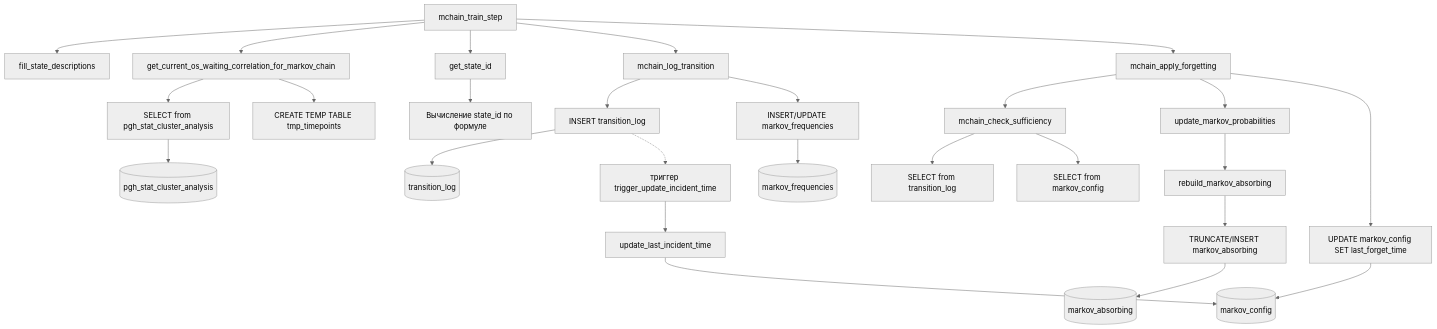
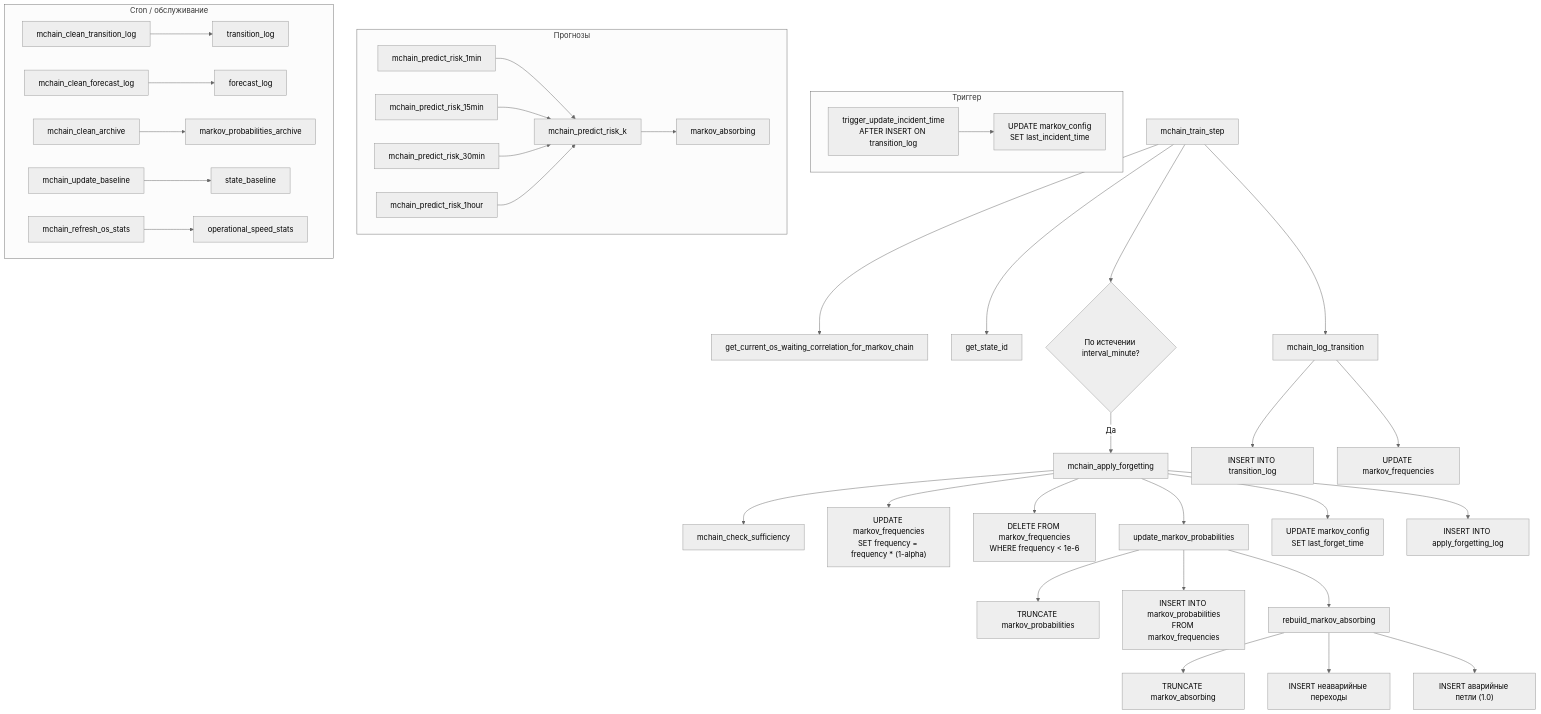
Before and after one commit to pg-expecto/pg_expecto: the first of 2 diagrams in Markov_chain_docs/readme.md, drawn with Mermaid (neutral theme). The commit also changed other lines of this file, not shown here.

````diff
--- a/Markov_chain_docs/readme.md
+++ b/Markov_chain_docs/readme.md
@@ -5,38 +72,46 @@
 ```mermaid
 flowchart TD
-    A[mchain_train_step] --> B[fill_state_descriptions]
-    A --> C[get_current_os_waiting_correlation_for_markov_chain]
-    A --> D[get_state_id]
-    A --> E[mchain_log_transition]
-    A --> F[mchain_apply_forgetting]
-    
-    E --> G[INSERT transition_log]
-    E --> H[INSERT/UPDATE markov_frequencies]
-    
+    A[mchain_train_step] --> B[get_current_os_waiting_correlation_for_markov_chain]
+    A --> C[get_state_id]
+    A --> D[mchain_log_transition]
+    A --> E{По истечении interval_minute?}
+    E -->|Да| F[mchain_apply_forgetting]
+
+    D --> G["INSERT INTO transition_log"]
+    D --> H["UPDATE markov_frequencies"]
+
     F --> I[mchain_check_sufficiency]
-    F --> J[update_markov_probabilities]
-    F --> K[UPDATE markov_config SET last_forget_time]
-    
-    J --> L[rebuild_markov_absorbing]
-    L --> M[TRUNCATE/INSERT markov_absorbing]
-    
-    I --> N[SELECT from transition_log]
-    I --> O[SELECT from markov_config]
-    
-    C --> P[SELECT from pgh_stat_cluster_analysis]
-    C --> Q[CREATE TEMP TABLE tmp_timepoints]
-    
-    D --> R[Вычисление state_id по формуле]
-    
-    %% Внешние зависимости (не функции)
-    G --> S[(transition_log)]
-    H --> T[(markov_frequencies)]
-    M --> U[(markov_absorbing)]
-    K --> V[(markov_config)]
-    P --> W[(pgh_stat_cluster_analysis)]
-    
-    %% Триггер, срабатывающий при вставке в transition_log (отдельно)
-    G -.-> X[триггер trigger_update_incident_time]
-    X --> Y[update_last_incident_time]
-    Y --> V
+    F --> J["UPDATE markov_frequencies\nSET frequency = frequency * (1-alpha)"]
+    F --> K["DELETE FROM markov_frequencies\nWHERE frequency < 1e-6"]
+    F --> L[update_markov_probabilities]
+    F --> M["UPDATE markov_config\nSET last_forget_time"]
+    F --> N["INSERT INTO apply_forgetting_log"]
+
+    L --> O["TRUNCATE markov_probabilities"]
+    L --> P["INSERT INTO markov_probabilities\nFROM markov_frequencies"]
+    L --> Q[rebuild_markov_absorbing]
+
+    Q --> R["TRUNCATE markov_absorbing"]
+    Q --> S["INSERT неаварийные переходы"]
+    Q --> T["INSERT аварийные петли (1.0)"]
+
+    subgraph Триггер
+        U["trigger_update_incident_time\nAFTER INSERT ON transition_log"] --> V["UPDATE markov_config\nSET last_incident_time"]
+    end
+
+    subgraph Прогнозы
+        W[mchain_predict_risk_1min] --> X[mchain_predict_risk_k]
+        Y[mchain_predict_risk_15min] --> X
+        Z[mchain_predict_risk_30min] --> X
+        AA[mchain_predict_risk_1hour] --> X
+        X --> markov_absorbing
+    end
+
+    subgraph Cron / обслуживание
+        BB[mchain_clean_transition_log] --> transition_log
+        CC[mchain_clean_forecast_log] --> forecast_log
+        DD[mchain_clean_archive] --> markov_probabilities_archive
+        EE[mchain_update_baseline] --> state_baseline
+        FF[mchain_refresh_os_stats] --> operational_speed_stats
+    end
 ```
````
